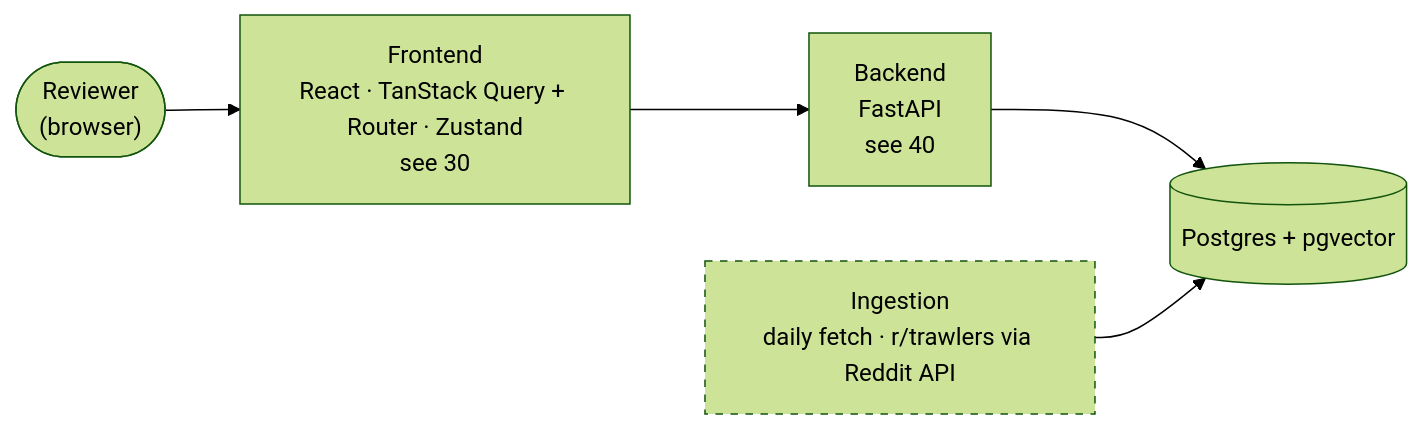
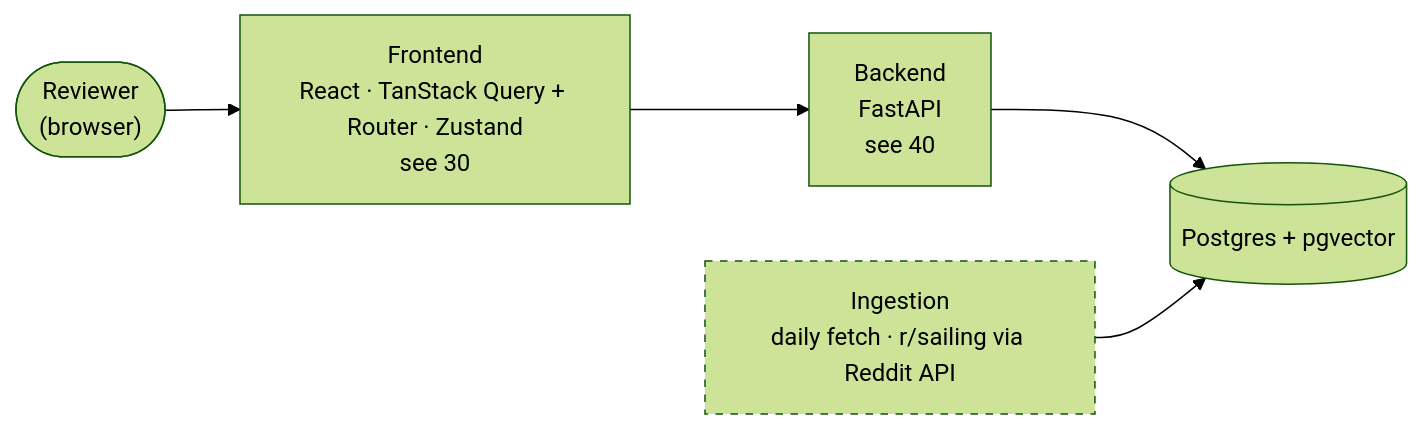
The diagram in docs/atlas/01-system-map.md (brianaderer/transcendent), drawn with Mermaid (forest theme) before and after one commit. The commit also changed other lines of this file and 2 other files, not shown here.

Commit message:
Atlas: community is r/sailing (OPEN-3 updated)

````diff
--- a/docs/atlas/01-system-map.md
+++ b/docs/atlas/01-system-map.md
@@ -9,16 +9,16 @@
 ```mermaid
 flowchart LR
     USER(["Reviewer<br/>(browser)"])
     FE["Frontend<br/>React · TanStack Query + Router · Zustand<br/>see 30"]
     API["Backend<br/>FastAPI<br/>see 40"]
     STORE[("Postgres + pgvector")]
-    INGEST["Ingestion<br/>daily fetch · r/trawlers via Reddit API"]
+    INGEST["Ingestion<br/>daily fetch · r/sailing via Reddit API"]
 
     USER --> FE
     FE --> API
     API --> STORE
     INGEST --> STORE
 
     classDef open stroke-dasharray: 5 5
     class INGEST open
 ```
````
